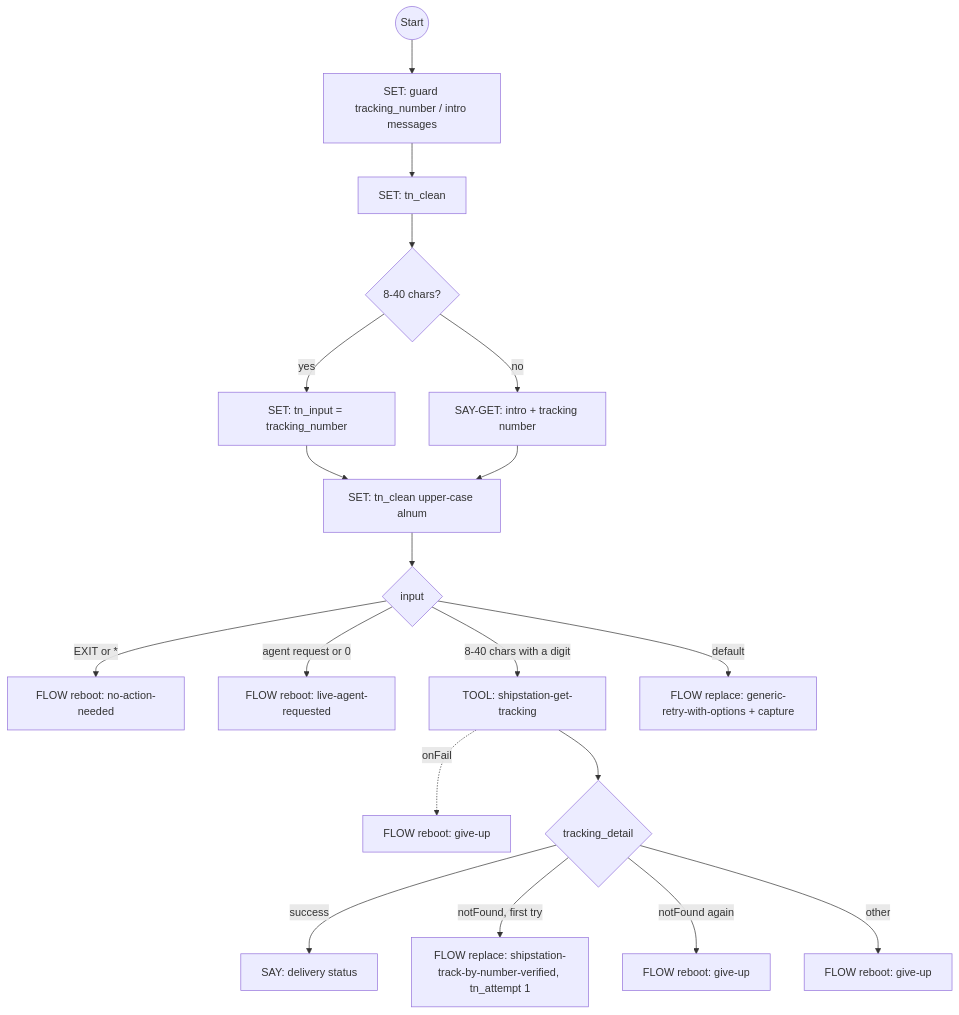
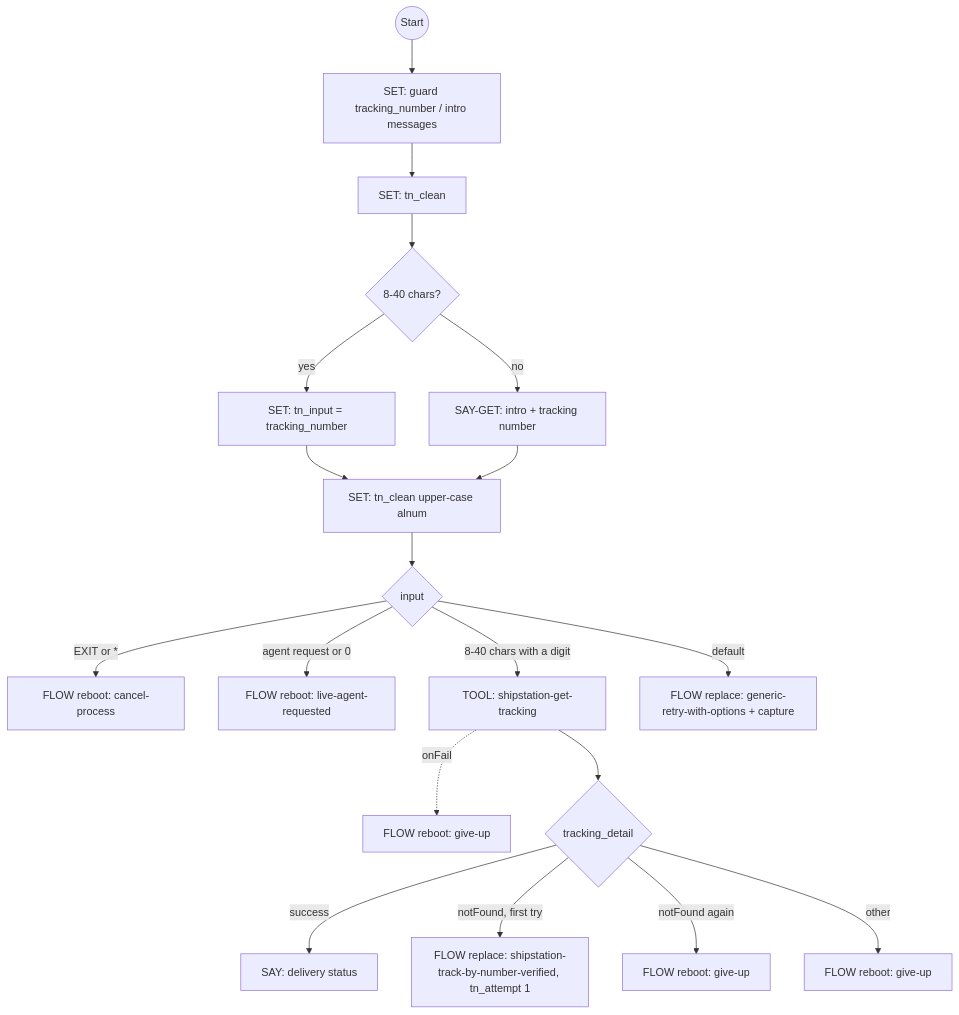
Before and after one commit to ronpinkas/jsfe: the fifth of 6 diagrams in docs/shopify-flows.md, drawn with Mermaid. The commit also changed other lines of this file and 4 other files, not shown here.

````diff
--- a/docs/shopify-flows.md
+++ b/docs/shopify-flows.md
@@ -296,21 +324,21 @@
 ```mermaid
 graph TD
     start((Start)) --> guards[SET: guard tracking_number / intro messages]
     guards --> clean_param[SET: tn_clean]
     clean_param --> has_param{8-40 chars?}
     has_param -->|yes| use_param[SET: tn_input = tracking_number]
     has_param -->|no| ask_tracking_number[SAY-GET: intro + tracking number]
     use_param --> normalize_input[SET: tn_clean upper-case alnum]
     ask_tracking_number --> normalize_input
     normalize_input --> route_input{input}
-    route_input -->|EXIT or *| abort_tracking[FLOW reboot: no-action-needed]
+    route_input -->|EXIT or *| abort_tracking[FLOW reboot: cancel-process]
     route_input -->|agent request or 0| goto_live_agent[FLOW reboot: live-agent-requested]
     route_input -->|8-40 chars with a digit| call_shipstation[TOOL: shipstation-get-tracking]
     route_input -->|default| invalid_tracking_number[FLOW replace: generic-retry-with-options + capture]
     call_shipstation -.->|onFail| shipstation_lookup_failed[FLOW reboot: give-up]
     call_shipstation --> show_result{tracking_detail}
     show_result -->|success| display_tracking[SAY: delivery status]
     show_result -->|notFound, first try| tracking_not_found[FLOW replace: shipstation-track-by-number-verified, tn_attempt 1]
     show_result -->|notFound again| tracking_not_found_again[FLOW reboot: give-up]
     show_result -->|other| tracking_error[FLOW reboot: give-up]
 ```
````
